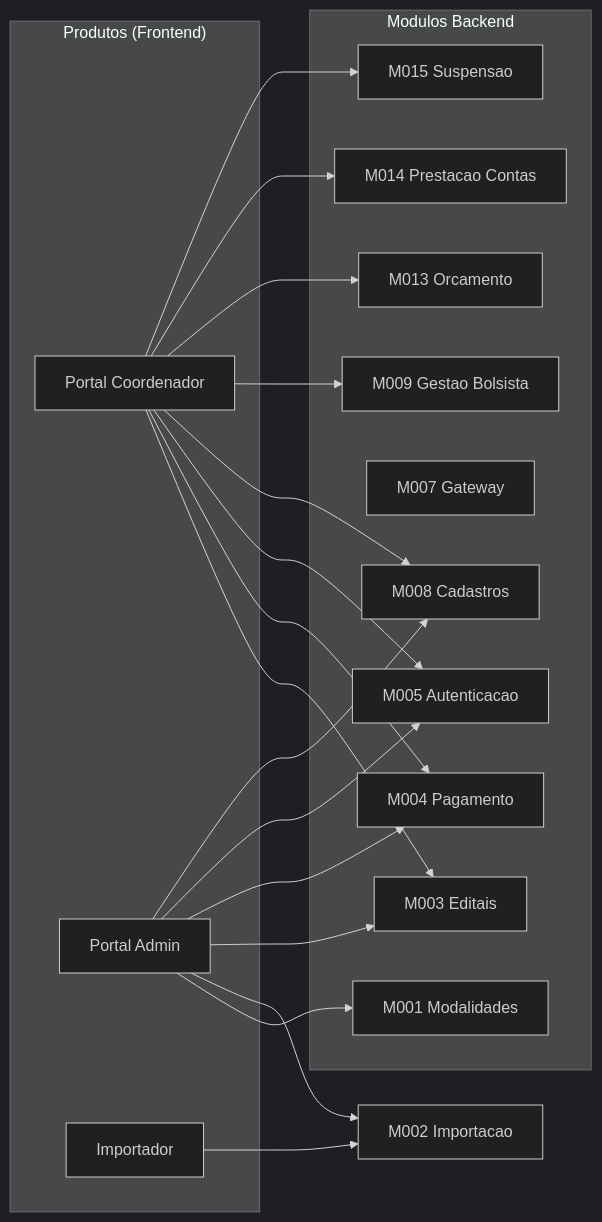
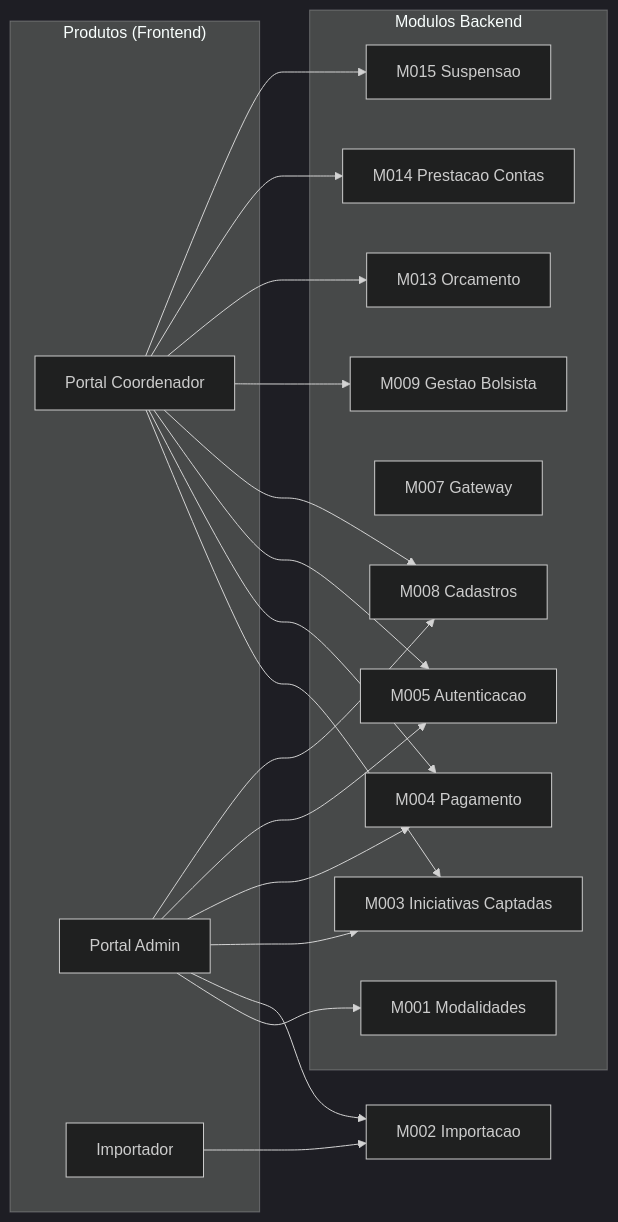
The diagram in docs/products/README.md (Czzped/conecta-fapes-teste), drawn with Mermaid (dark theme) before and after one commit. The commit also changed 21 other files, not shown here.

````diff
--- a/docs/products/README.md
+++ b/docs/products/README.md
@@ -13,39 +13,39 @@
 ```mermaid
 graph LR
     subgraph Produtos ["Produtos (Frontend)"]
         PC[Portal Coordenador]
         PA[Portal Admin]
         IMP[Importador]
     end
 
     subgraph Modulos ["Modulos Backend"]
         M001[M001 Modalidades]
-        M003[M003 Editais]
+        M003[M003 Iniciativas Captadas]
         M004[M004 Pagamento]
         M005[M005 Autenticacao]
         M007[M007 Gateway]
         M008[M008 Cadastros]
         M009[M009 Gestao Bolsista]
         M013[M013 Orcamento]
         M014[M014 Prestacao Contas]
         M015[M015 Suspensao]
     end
 
     PC --> M003
     PC --> M004
     PC --> M005
     PC --> M008
     PC --> M009
     PC --> M013
     PC --> M014
     PC --> M015
 
     PA --> M001
     PA --> M002[M002 Importacao]
     PA --> M003
     PA --> M004
     PA --> M005
     PA --> M008
 
     IMP --> M002
 ```
````
